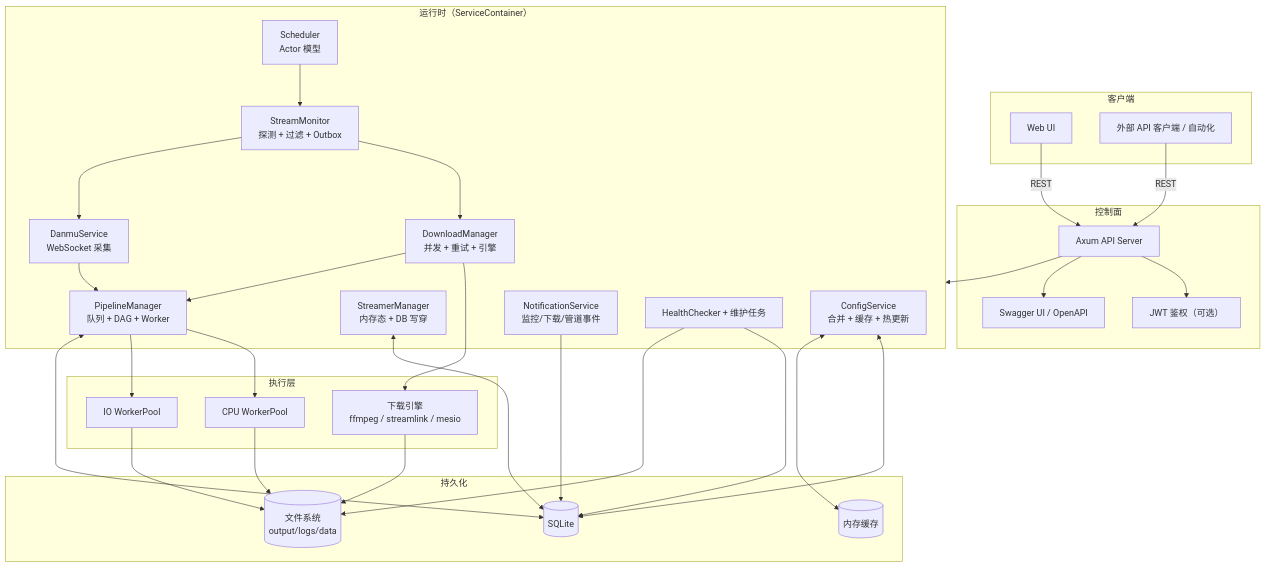
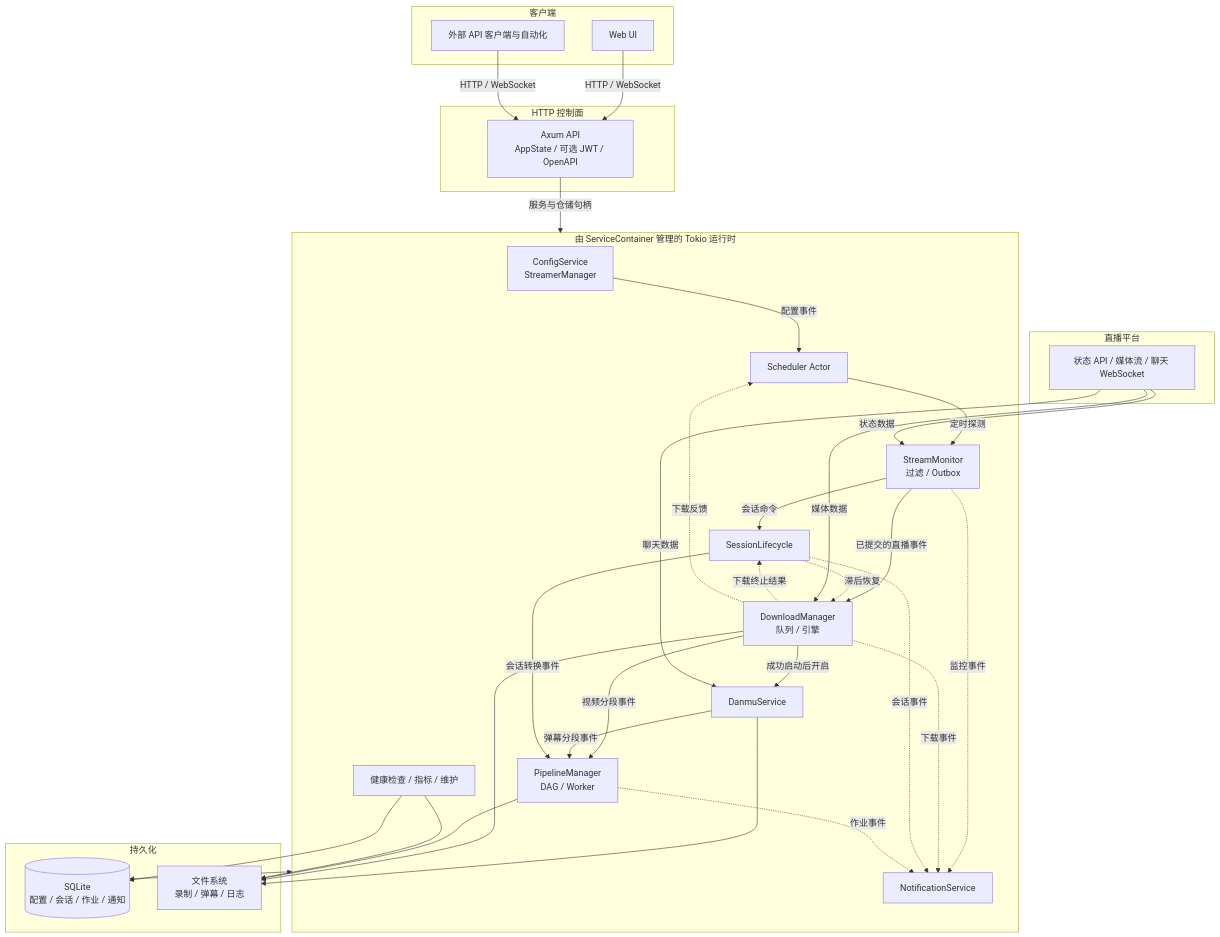
The first of 3 diagrams in rust-srec/docs/zh/concepts/architecture.md (hua0512/rust-srec), drawn with Mermaid before and after one commit. The commit also changed other lines of this file and 1 other file, not shown here.

Commit message:
docs: correct architecture topology

````diff
--- a/rust-srec/docs/zh/concepts/architecture.md
+++ b/rust-srec/docs/zh/concepts/architecture.md
@@ -15,67 +13,64 @@
 ```mermaid
 flowchart TB
-  subgraph Client["客户端"]
-    FE[Web UI]
-    EXT[外部 API 客户端 / 自动化]
+  subgraph Clients["客户端"]
+    FE["Web UI"]
+    EXT["外部 API 客户端与自动化"]
   end
 
-  subgraph API["控制面"]
-    AX[Axum API Server]
-    DOCS[Swagger UI / OpenAPI]
-    AUTH[JWT 鉴权（可选）]
+  subgraph Control["HTTP 控制面"]
+    API["Axum API<br/>AppState / 可选 JWT / OpenAPI"]
   end
 
-  subgraph Runtime["运行时（ServiceContainer）"]
-    CFG[ConfigService\n合并 + 缓存 + 热更新]
-    SM[StreamerManager\n内存态 + DB 写穿]
-    SCH[Scheduler\nActor 模型]
-    MON[StreamMonitor\n探测 + 过滤 + Outbox]
-    DL[DownloadManager\n并发 + 重试 + 引擎]
-    DM[DanmuService\nWebSocket 采集]
-    PL[PipelineManager\n队列 + DAG + Worker]
-    NOTI[NotificationService\n监控/下载/管道事件]
-    HEALTH[HealthChecker + 维护任务]
+  subgraph Runtime["由 ServiceContainer 管理的 Tokio 运行时"]
+    CFG["ConfigService<br/>StreamerManager"]
+    SCH["Scheduler Actor"]
+    MON["StreamMonitor<br/>过滤 / Outbox"]
+    SESS["SessionLifecycle"]
+    DL["DownloadManager<br/>队列 / 引擎"]
+    DM["DanmuService"]
+    PL["PipelineManager<br/>DAG / Worker"]
+    NOTI["NotificationService"]
+    OPS["健康检查 / 指标 / 维护"]
   end
 
-  subgraph Exec["执行层"]
-    ENGINES[下载引擎\nffmpeg / streamlink / mesio]
-    WCPU[CPU WorkerPool]
-    WIO[IO WorkerPool]
+  subgraph Sources["直播平台"]
+    SRC["状态 API / 媒体流 / 聊天 WebSocket"]
   end
 
   subgraph Storage["持久化"]
-    DB[(SQLite)]
-    FS[(文件系统\noutput/logs/data)]
-    CACHE[(内存缓存)]
+    DB[("SQLite<br/>配置 / 会话 / 作业 / 通知")]
+    FS["文件系统<br/>录制 / 弹幕 / 日志"]
   end
 
-  FE -->|REST| AX
-  EXT -->|REST| AX
-  AX --> AUTH
-  AX --> DOCS
+  FE -->|"HTTP / WebSocket"| API
+  EXT -->|"HTTP / WebSocket"| API
+  API -->|"服务与仓储句柄"| Runtime
 
-  AX --> Runtime
+  CFG -->|"配置事件"| SCH
+  SCH -->|"定时探测"| MON
+  MON -->|"会话命令"| SESS
+  MON -->|"已提交的直播事件"| DL
+  DL -->|"成功启动后开启"| DM
+  DL -->|"视频分段事件"| PL
+  DM -->|"弹幕分段事件"| PL
+  SESS -->|"会话转换事件"| PL
+  SESS -.->|"滞后恢复"| DL
+  DL -.->|"下载终止结果"| SESS
+  DL -.->|"下载反馈"| SCH
 
-  CFG <--> DB
-  CFG <--> CACHE
-  SM <--> DB
+  MON -.->|"监控事件"| NOTI
+  DL -.->|"下载事件"| NOTI
+  SESS -.->|"会话事件"| NOTI
+  PL -.->|"作业事件"| NOTI
 
-  SCH --> MON
-  MON --> DL
-  MON --> DM
+  SRC -->|"状态数据"| MON
+  SRC -->|"媒体数据"| DL
+  SRC -->|"聊天数据"| DM
 
-  DL --> ENGINES
-  ENGINES --> FS
-
-  DL --> PL
-  DM --> PL
-  PL --> WCPU
-  PL --> WIO
-  WCPU --> FS
-  WIO --> FS
-  PL <--> DB
-
-  NOTI --> DB
-  HEALTH --> DB
-  HEALTH --> FS
+  DM --> FS
+  DL --> FS
+  PL --> FS
+  Runtime <--> DB
+  OPS --> DB
+  OPS --> FS
 ```
````
